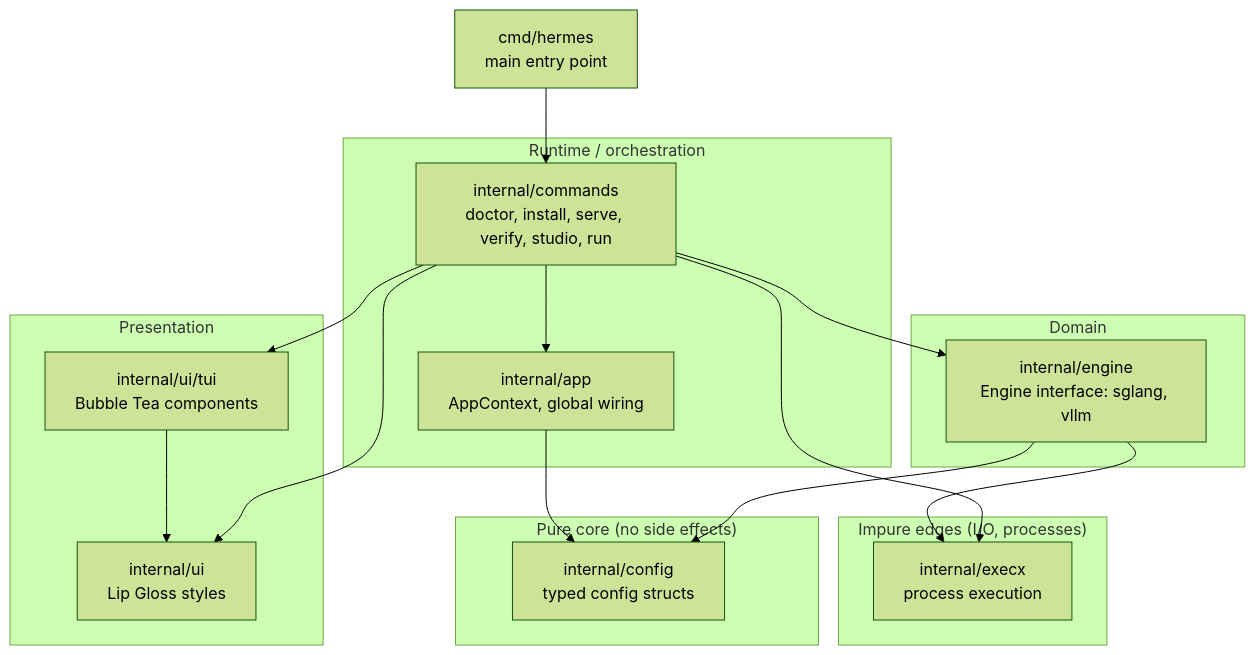
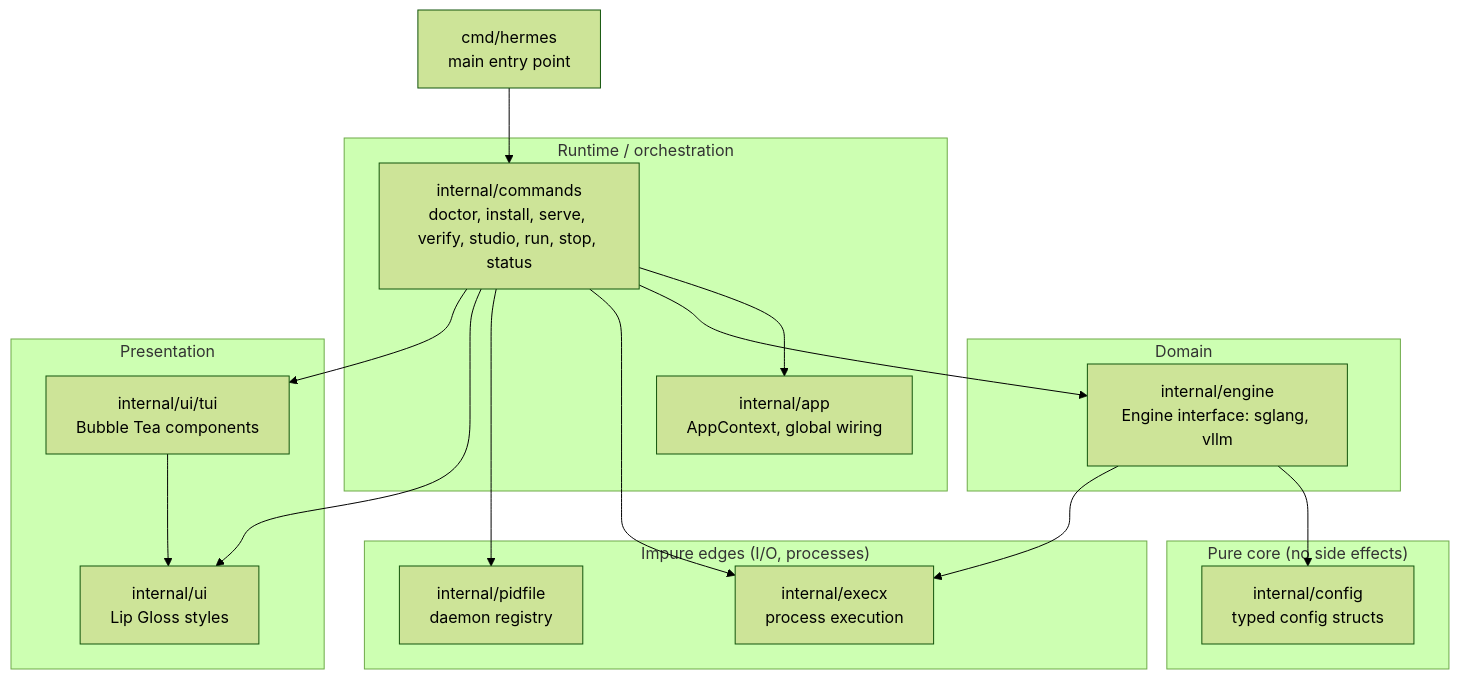
Before and after one commit to svngoku/hermes-cli: the second of 5 diagrams in docs/ARCHITECTURE.md, drawn with Mermaid (forest theme). The commit also changed other lines of this file and 15 other files, not shown here.

First line of the commit message:
feat: daemon management, verify model resolution, lint tooling (TD-10..13)

````diff
--- a/docs/ARCHITECTURE.md
+++ b/docs/ARCHITECTURE.md
@@ -38,32 +38,33 @@
 ```mermaid
 flowchart TD
     subgraph Core["Pure core (no side effects)"]
         config[internal/config<br/>typed config structs]
     end
     subgraph Domain["Domain"]
         engine[internal/engine<br/>Engine interface: sglang, vllm]
     end
     subgraph Runtime["Runtime / orchestration"]
-        commands[internal/commands<br/>doctor, install, serve, verify, studio, run]
+        commands[internal/commands<br/>doctor, install, serve, verify, studio, run, stop, status]
         app[internal/app<br/>AppContext, global wiring]
     end
     subgraph Edges["Impure edges (I/O, processes)"]
         execx[internal/execx<br/>process execution]
+        pidfile[internal/pidfile<br/>daemon registry]
     end
     subgraph UI["Presentation"]
         ui[internal/ui<br/>Lip Gloss styles]
         tui[internal/ui/tui<br/>Bubble Tea components]
     end
     entry[cmd/hermes<br/>main entry point]
 
     entry --> commands
     commands --> app
     commands --> engine
     commands --> execx
+    commands --> pidfile
     commands --> ui
     commands --> tui
     engine --> config
     engine --> execx
-    app --> config
     tui --> ui
 ```
````
